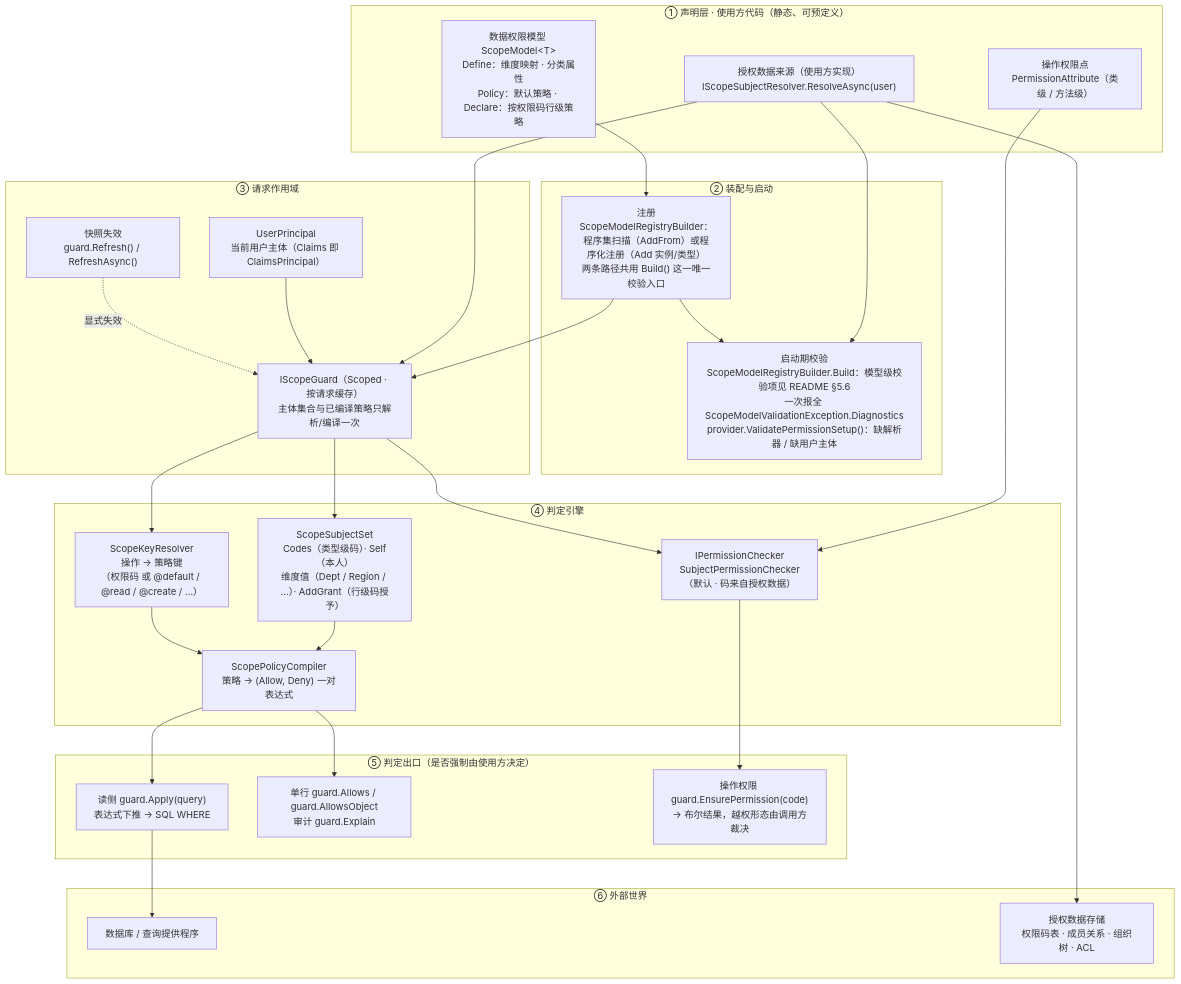
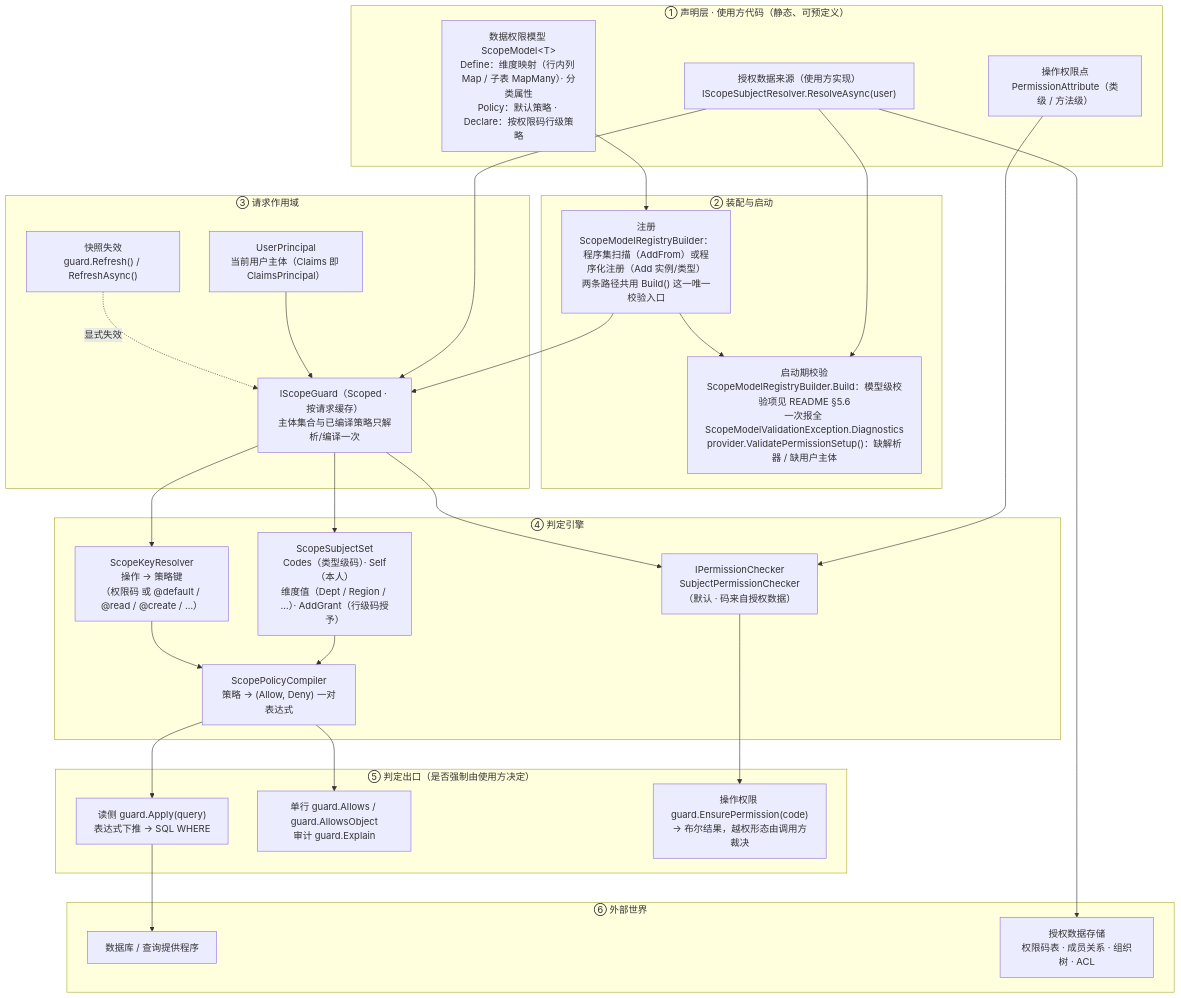
The diagram in Source/Euonia.Security/DESIGN.md (euonia-project/euonia-dotnet), drawn with Mermaid before and after one commit. The commit also changed other lines of this file and 19 other files, not shown here.

````diff
--- a/Source/Euonia.Security/DESIGN.md
+++ b/Source/Euonia.Security/DESIGN.md
@@ -49,57 +49,57 @@
 ```mermaid
 graph TD
     subgraph A["① 声明层 · 使用方代码（静态、可预定义）"]
         A1["操作权限点<br/>PermissionAttribute（类级 / 方法级）"]
-        A2["数据权限模型 ScopeModel&lt;T&gt;<br/>Define：维度映射 · 分类属性<br/>Policy：默认策略 · Declare：按权限码行级策略"]
+        A2["数据权限模型 ScopeModel&lt;T&gt;<br/>Define：维度映射（行内列 Map / 子表 MapMany）· 分类属性<br/>Policy：默认策略 · Declare：按权限码行级策略"]
         A3["授权数据来源（使用方实现）<br/>IScopeSubjectResolver.ResolveAsync(user)"]
     end
 
     subgraph B["② 装配与启动"]
         B1["注册<br/>ScopeModelRegistryBuilder：程序集扫描（AddFrom）或程序化注册（Add 实例/类型）<br/>两条路径共用 Build() 这一唯一校验入口"]
         B2["启动期校验<br/>ScopeModelRegistryBuilder.Build：模型级校验项见 README §5.6<br/>一次报全 ScopeModelValidationException.Diagnostics<br/>provider.ValidatePermissionSetup()：缺解析器 / 缺用户主体"]
     end
 
     subgraph C["③ 请求作用域"]
         C1["UserPrincipal<br/>当前用户主体（Claims 即 ClaimsPrincipal）"]
         C2["IScopeGuard（Scoped · 按请求缓存）<br/>主体集合与已编译策略只解析/编译一次"]
         C3["快照失效<br/>guard.Refresh() / RefreshAsync()"]
     end
 
     subgraph D["④ 判定引擎"]
         D1["ScopeSubjectSet<br/>Codes（类型级码）· Self（本人）<br/>维度值（Dept / Region / …）· AddGrant（行级码授予）"]
         D2["ScopeKeyResolver<br/>操作 → 策略键<br/>（权限码 或 @default / @read / @create / …）"]
         D3["ScopePolicyCompiler<br/>策略 → (Allow, Deny) 一对表达式"]
         D4["IPermissionChecker<br/>SubjectPermissionChecker（默认 · 码来自授权数据）"]
     end
 
     subgraph E["⑤ 判定出口（是否强制由使用方决定）"]
         E1["读侧 guard.Apply(query)<br/>表达式下推 → SQL WHERE"]
         E2["单行 guard.Allows / guard.AllowsObject<br/>审计 guard.Explain"]
         E3["操作权限 guard.EnsurePermission(code)<br/>→ 布尔结果，越权形态由调用方裁决"]
     end
 
     subgraph F["⑥ 外部世界"]
         F1["数据库 / 查询提供程序"]
         F2["授权数据存储<br/>权限码表 · 成员关系 · 组织树 · ACL"]
     end
 
     A1 --> D4
     A2 --> B1
     A3 --> B2
     A3 --> C2
     A3 --> F2
 
     B1 --> B2
     B1 --> C2
     C1 --> C2
     C2 --> D1
     C2 --> D2
     C2 --> D4
     D1 --> D3
     D2 --> D3
     D3 --> E1
     D3 --> E2
     D4 --> E3
     E1 --> F1
     C3 -. 显式失效 .-> C2
 ```
````
